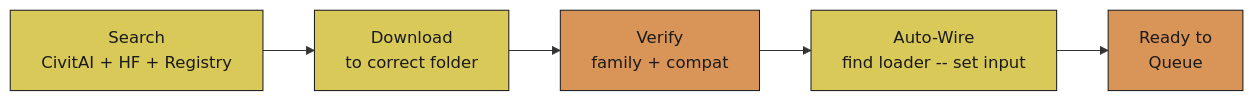
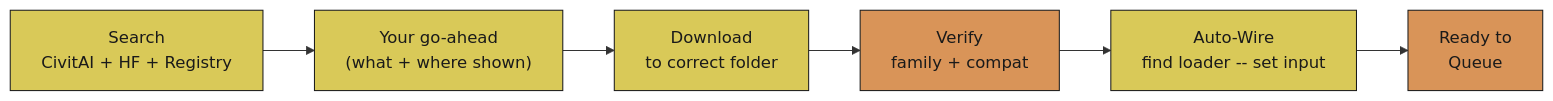
Diagram 19 of 33 in README.md (JosephOIbrahim/Comfy-Cozy), drawn with Mermaid before and after one commit. The commit also changed other lines of this file, not shown here.

````diff
--- a/README.md
+++ b/README.md
@@ -893,12 +896,13 @@
 ```mermaid
 flowchart LR
-    Search["Search<br/>CivitAI + HF + Registry"] --> Download["Download<br/>to correct folder"]
+    Search["Search<br/>CivitAI + HF + Registry"] --> Confirm["Your go-ahead<br/>(what + where shown)"]
+    Confirm --> Download["Download<br/>to correct folder"]
     Download --> Verify["Verify<br/>family + compat"]
     Verify --> Wire["Auto-Wire<br/>find loader -- set input"]
     Wire --> Ready["Ready to<br/>Queue"]
 
     classDef orange fill:#d99458,color:#1a1a1a,stroke:#1a1a1a
     classDef yellow fill:#d9c958,color:#1a1a1a,stroke:#1a1a1a
     class Verify,Ready orange
-    class Search,Download,Wire yellow
+    class Search,Confirm,Download,Wire yellow
 ```
````
